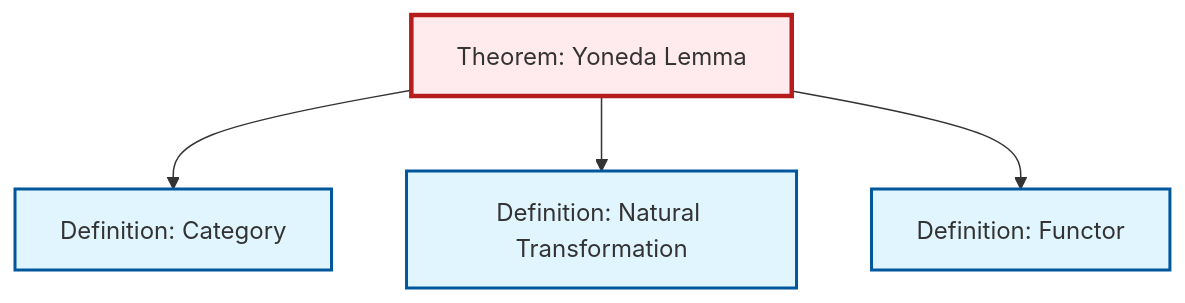
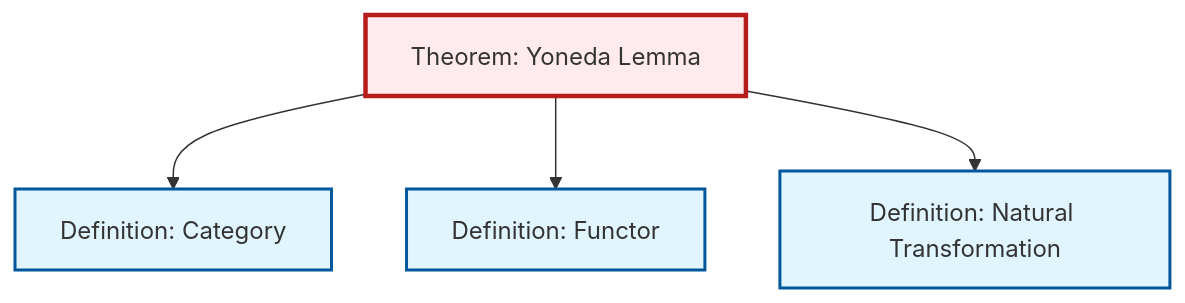
Before and after one commit to RK0429/ModernMath: the diagram in content/ja/category-theory/thm-yoneda.qmd, drawn with Mermaid. The commit also changed other lines of this file and 474 other files, not shown here.

````diff
--- a/content/ja/category-theory/thm-yoneda.qmd
+++ b/content/ja/category-theory/thm-yoneda.qmd
@@ -96,20 +96,20 @@
 ```{mermaid}
 %%| fig-cap: "Local dependency graph"
 graph TD
     classDef definition fill:#e1f5fe,stroke:#01579b,stroke-width:2px
     classDef theorem fill:#f3e5f5,stroke:#4a148c,stroke-width:2px
     classDef axiom fill:#fff3e0,stroke:#e65100,stroke-width:2px
     classDef example fill:#e8f5e9,stroke:#1b5e20,stroke-width:2px
     classDef current fill:#ffebee,stroke:#b71c1c,stroke-width:3px
     def-functor["Definition: Functor"]:::definition
     thm-yoneda["Theorem: Yoneda Lemma"]:::theorem
+    def-category["Definition: Category"]:::definition
     def-natural-transformation["Definition: Natural Transformation"]:::definition
-    def-category["Definition: Category"]:::definition
     thm-yoneda --> def-category
+    thm-yoneda --> def-functor
     thm-yoneda --> def-natural-transformation
-    thm-yoneda --> def-functor
     class thm-yoneda current
     click def-functor "def-functor.html" "Definition: Functorへ"
+    click def-category "def-category.html" "Definition: Categoryへ"
     click def-natural-transformation "def-natural-transformation.html" "Definition: Natural Transformationへ"
-    click def-category "def-category.html" "Definition: Categoryへ"
 ```
````
